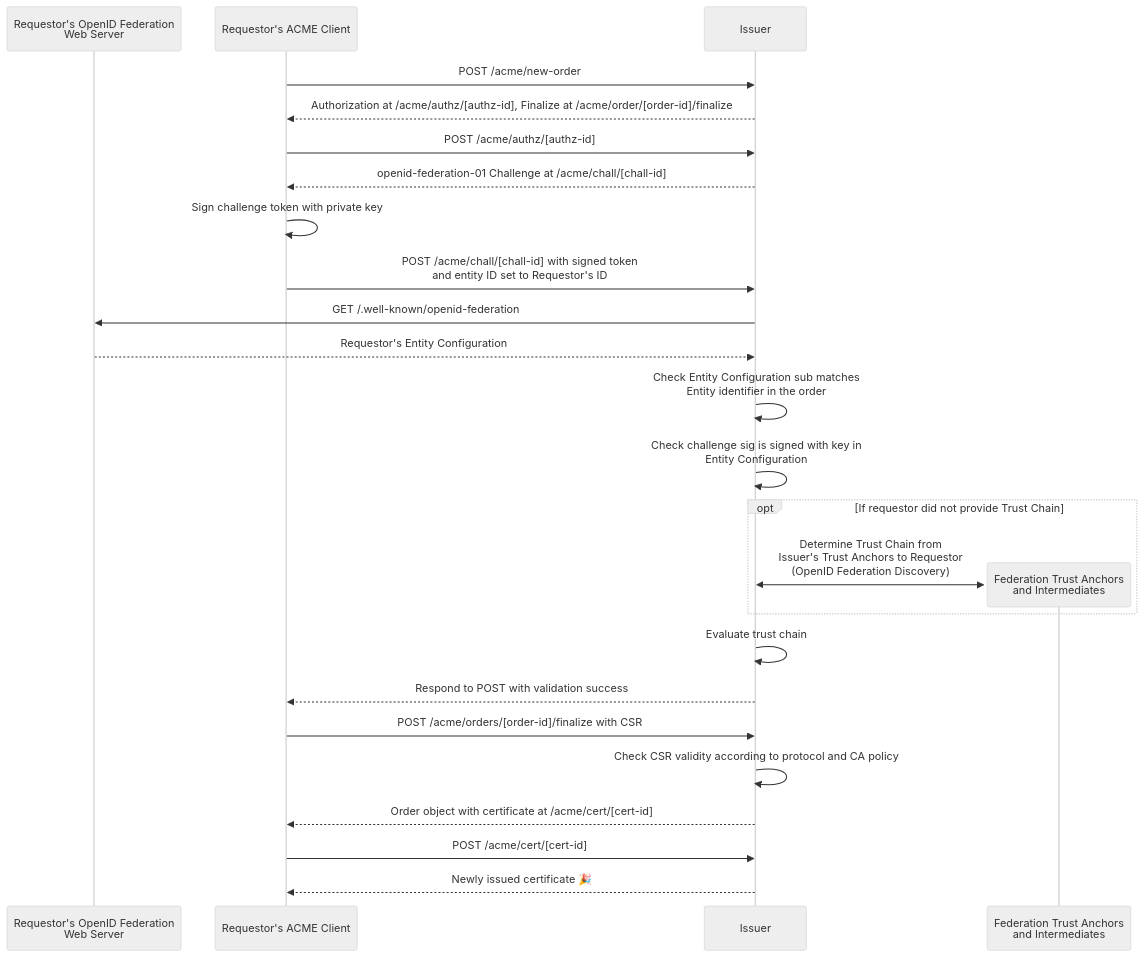
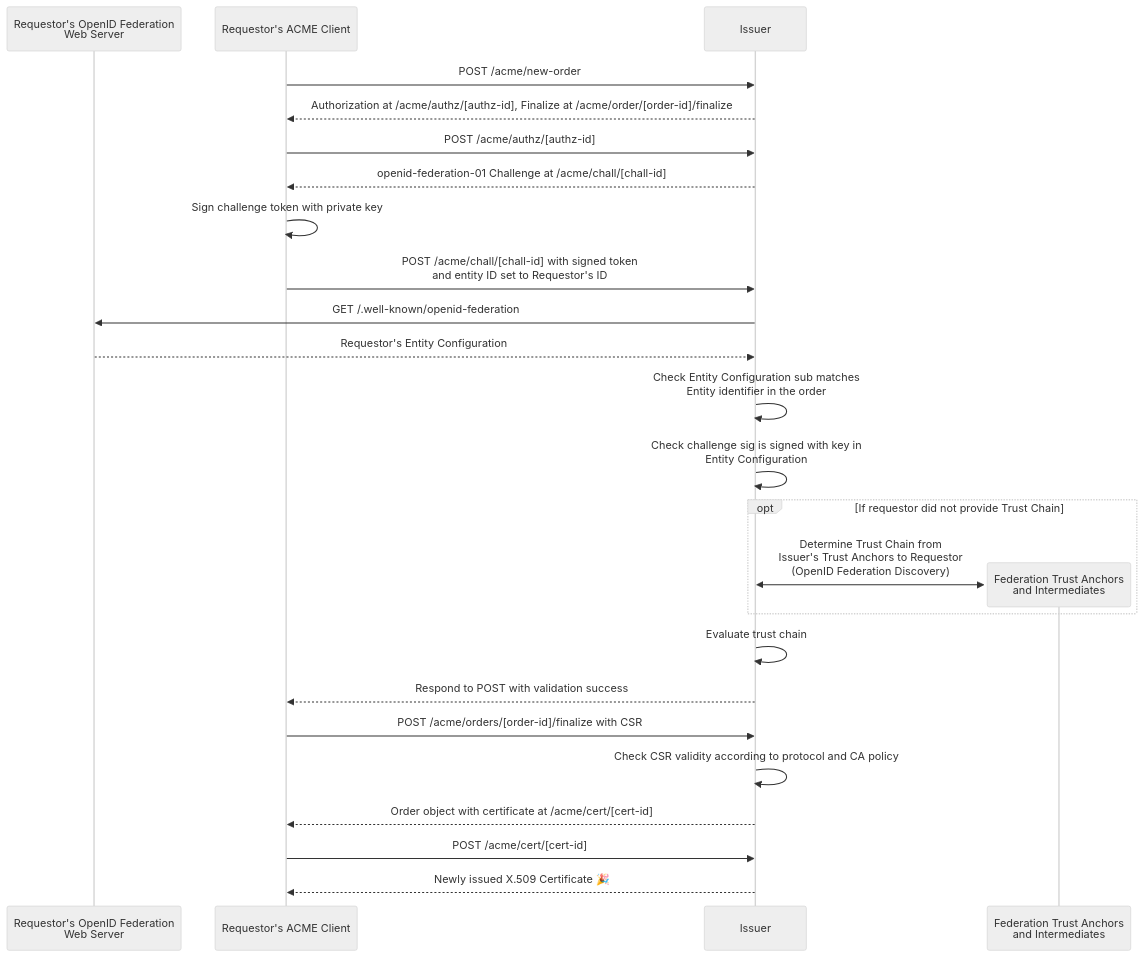
One commit to peppelinux/draft-demarco-acme-openid-federation changed the diagram in draft-demarco-acme-openid-federation.md. Above: the diagram before and after it, drawn with Mermaid (neutral theme).

Commit message:
Apply suggestions from code review

````diff
--- a/draft-demarco-acme-openid-federation.md
+++ b/draft-demarco-acme-openid-federation.md
@@ -290,28 +290,28 @@
 ```mermaid
 sequenceDiagram
   participant RF as Requestor's OpenID Federation<br> Web Server
   participant RC as Requestor's ACME Client
   participant A as Issuer
 
   RC ->> A: POST /acme/new-order
   A -->> RC: Authorization at /acme/authz/[authz-id], Finalize at /acme/order/[order-id]/finalize
   RC ->> A: POST /acme/authz/[authz-id]
   A -->> RC: openid-federation-01 Challenge at /acme/chall/[chall-id]
   RC ->> RC: Sign challenge token with private key
   RC ->> A: POST /acme/chall/[chall-id] with signed token<br>and entity ID set to Requestor's ID
   A ->> RF: GET /.well-known/openid-federation
   RF -->> A: Requestor's Entity Configuration
   A ->> A: Check Entity Configuration sub matches<br>Entity identifier in the order
   A ->> A: Check challenge sig is signed with key in<br>Entity Configuration
   opt If requestor did not provide Trust Chain
     create participant F as Federation Trust Anchors<br>and Intermediates
     A <<->> F: Determine Trust Chain from<br>Issuer's Trust Anchors to Requestor<br>(OpenID Federation Discovery)
   end
   A ->> A: Evaluate trust chain
   A -->> RC: Respond to POST with validation success
   RC ->> A: POST /acme/orders/[order-id]/finalize with CSR
   A ->> A: Check CSR validity according to protocol and CA policy
   A -->> RC: Order object with certificate at /acme/cert/[cert-id]
   RC ->> A: POST /acme/cert/[cert-id]
-  A -->> RC: Newly issued certificate 🎉
+  A -->> RC: Newly issued X.509 Certificate 🎉
 ```
````
